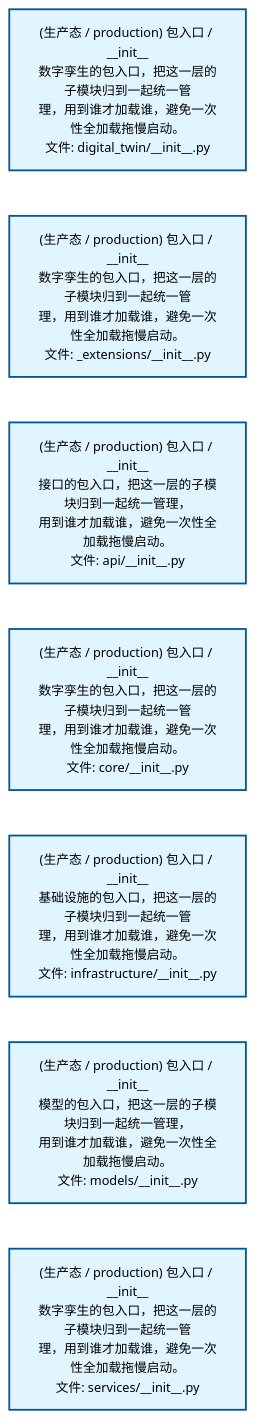
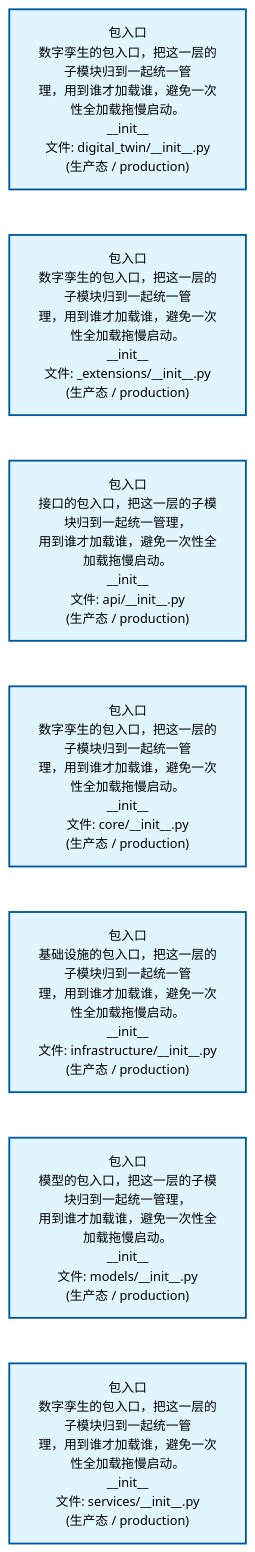
Before and after one commit to xuanFelixVan/ZephyrAlpha: the first of 2 diagrams in docs/02_enterprise_architecture/02_domain_architecture_docs/42_d_digital_twin.md, drawn with Mermaid. The commit also changed other lines of this file and 62 other files, not shown here.

````diff
--- a/docs/02_enterprise_architecture/02_domain_architecture_docs/42_d_digital_twin.md
+++ b/docs/02_enterprise_architecture/02_domain_architecture_docs/42_d_digital_twin.md
@@ -53,22 +53,22 @@
 ```mermaid
 %%{init: {'theme': 'base', 'themeVariables': {'primaryColor': '#eaeaea', 'primaryTextColor': '#333333', 'primaryBorderColor': '#666666', 'lineColor': '#666666', 'secondaryColor': '#eaeaea', 'tertiaryColor': '#eaeaea', 'fontSize': '14px'}}}%%
 flowchart TD
-    src_zephyr_digital_twin_init_py["(生产态 / production) 包入口 / __init__<br/>数字孪生的包入口，把这一层的子模块归到一起统一管<br/>理，用到谁才加载谁，避免一次性全加载拖慢启动。<br/>文件: digital_twin/__init__.py"]
-    src_zephyr_digital_twin_extensions_init_py["(生产态 / production) 包入口 / __init__<br/>数字孪生的包入口，把这一层的子模块归到一起统一管<br/>理，用到谁才加载谁，避免一次性全加载拖慢启动。<br/>文件: _extensions/__init__.py"]
-    src_zephyr_digital_twin_api_init_py["(生产态 / production) 包入口 / __init__<br/>接口的包入口，把这一层的子模块归到一起统一管理，<br/>用到谁才加载谁，避免一次性全加载拖慢启动。<br/>文件: api/__init__.py"]
-    src_zephyr_digital_twin_core_init_py["(生产态 / production) 包入口 / __init__<br/>数字孪生的包入口，把这一层的子模块归到一起统一管<br/>理，用到谁才加载谁，避免一次性全加载拖慢启动。<br/>文件: core/__init__.py"]
-    src_zephyr_digital_twin_infrastructure_init_py["(生产态 / production) 包入口 / __init__<br/>基础设施的包入口，把这一层的子模块归到一起统一管<br/>理，用到谁才加载谁，避免一次性全加载拖慢启动。<br/>文件: infrastructure/__init__.py"]
-    src_zephyr_digital_twin_models_init_py["(生产态 / production) 包入口 / __init__<br/>模型的包入口，把这一层的子模块归到一起统一管理，<br/>用到谁才加载谁，避免一次性全加载拖慢启动。<br/>文件: models/__init__.py"]
-    src_zephyr_digital_twin_services_init_py["(生产态 / production) 包入口 / __init__<br/>数字孪生的包入口，把这一层的子模块归到一起统一管<br/>理，用到谁才加载谁，避免一次性全加载拖慢启动。<br/>文件: services/__init__.py"]
+    src_zephyr_digital_twin_init_py["包入口<br/>数字孪生的包入口，把这一层的子模块归到一起统一管<br/>理，用到谁才加载谁，避免一次性全加载拖慢启动。<br/>__init__<br/>文件: digital_twin/__init__.py<br/>(生产态 / production)"]
+    src_zephyr_digital_twin_extensions_init_py["包入口<br/>数字孪生的包入口，把这一层的子模块归到一起统一管<br/>理，用到谁才加载谁，避免一次性全加载拖慢启动。<br/>__init__<br/>文件: _extensions/__init__.py<br/>(生产态 / production)"]
+    src_zephyr_digital_twin_api_init_py["包入口<br/>接口的包入口，把这一层的子模块归到一起统一管理，<br/>用到谁才加载谁，避免一次性全加载拖慢启动。<br/>__init__<br/>文件: api/__init__.py<br/>(生产态 / production)"]
+    src_zephyr_digital_twin_core_init_py["包入口<br/>数字孪生的包入口，把这一层的子模块归到一起统一管<br/>理，用到谁才加载谁，避免一次性全加载拖慢启动。<br/>__init__<br/>文件: core/__init__.py<br/>(生产态 / production)"]
+    src_zephyr_digital_twin_infrastructure_init_py["包入口<br/>基础设施的包入口，把这一层的子模块归到一起统一管<br/>理，用到谁才加载谁，避免一次性全加载拖慢启动。<br/>__init__<br/>文件: infrastructure/__init__.py<br/>(生产态 / production)"]
+    src_zephyr_digital_twin_models_init_py["包入口<br/>模型的包入口，把这一层的子模块归到一起统一管理，<br/>用到谁才加载谁，避免一次性全加载拖慢启动。<br/>__init__<br/>文件: models/__init__.py<br/>(生产态 / production)"]
+    src_zephyr_digital_twin_services_init_py["包入口<br/>数字孪生的包入口，把这一层的子模块归到一起统一管<br/>理，用到谁才加载谁，避免一次性全加载拖慢启动。<br/>__init__<br/>文件: services/__init__.py<br/>(生产态 / production)"]
     src_zephyr_digital_twin_init_py ~~~ src_zephyr_digital_twin_extensions_init_py
     src_zephyr_digital_twin_extensions_init_py ~~~ src_zephyr_digital_twin_api_init_py
     src_zephyr_digital_twin_api_init_py ~~~ src_zephyr_digital_twin_core_init_py
     src_zephyr_digital_twin_core_init_py ~~~ src_zephyr_digital_twin_infrastructure_init_py
     src_zephyr_digital_twin_infrastructure_init_py ~~~ src_zephyr_digital_twin_models_init_py
     src_zephyr_digital_twin_models_init_py ~~~ src_zephyr_digital_twin_services_init_py
     classDef production fill:#e1f5fe,stroke:#01579b,stroke-width:2px,color:#000
     classDef design fill:#fff3e0,stroke:#e65100,stroke-width:2px,color:#000,stroke-dasharray: 5 5
     classDef external_prod fill:#e8f4fd,stroke:#0277bd,stroke-width:1px,color:#000
     classDef external_design fill:#fff8e7,stroke:#ef6c00,stroke-width:1px,color:#000,stroke-dasharray: 5 5
     class src_zephyr_digital_twin_init_py,src_zephyr_digital_twin_extensions_init_py,src_zephyr_digital_twin_api_init_py,src_zephyr_digital_twin_core_init_py,src_zephyr_digital_twin_infrastructure_init_py,src_zephyr_digital_twin_models_init_py,src_zephyr_digital_twin_services_init_py production
 ```
````
